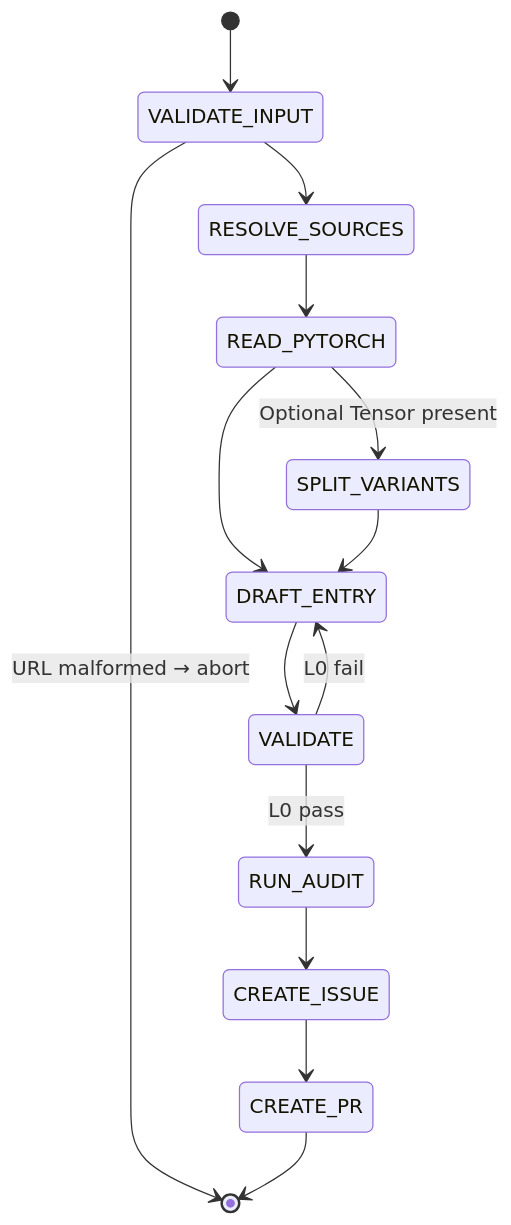
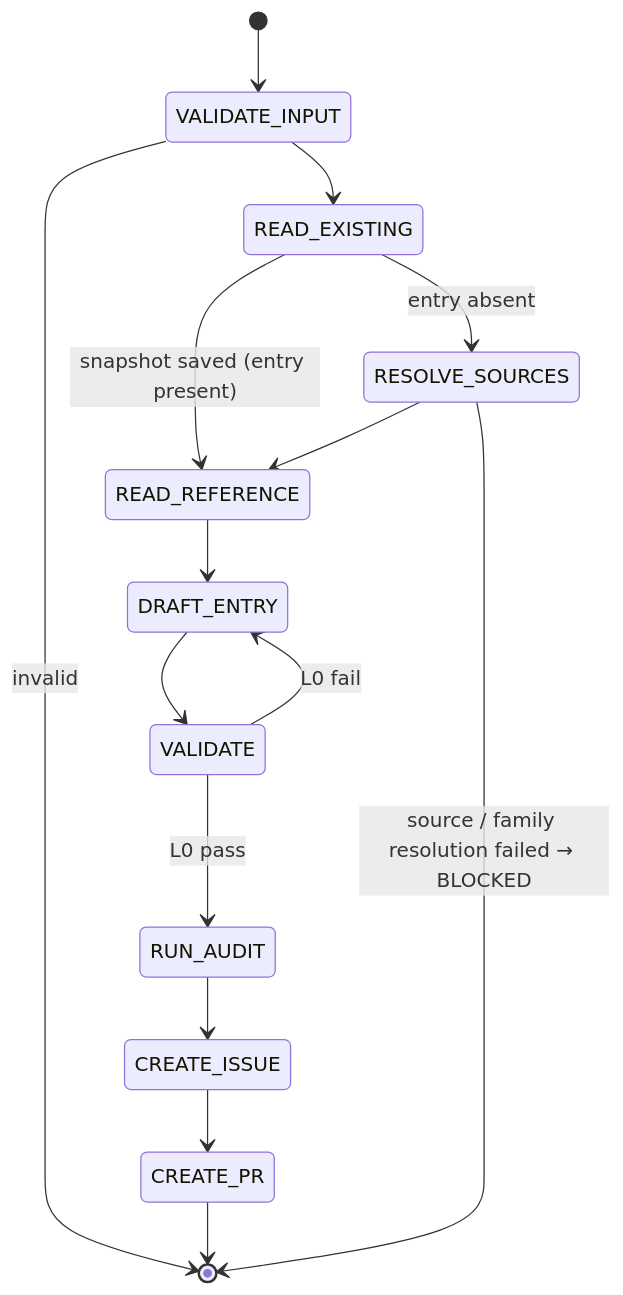
One commit to tile-ai/TileOPs changed the diagram in .claude/skills/add-manifest/SKILL.md. Above: the diagram before and after it, drawn with Mermaid. The commit also changed other lines of this file and 2 other files, not shown here.

First line of the commit message:
[Refactor][Skills] redesign add-manifest input + redivide labour with fix-manifest (#1066)

````diff
--- a/.claude/skills/add-manifest/SKILL.md
+++ b/.claude/skills/add-manifest/SKILL.md
@@ -22,16 +37,17 @@
 ```mermaid
 stateDiagram-v2
     [*] --> VALIDATE_INPUT
-    VALIDATE_INPUT --> [*]: URL malformed → abort
-    VALIDATE_INPUT --> RESOLVE_SOURCES
-    RESOLVE_SOURCES --> READ_PYTORCH
-    READ_PYTORCH --> SPLIT_VARIANTS: Optional Tensor present
-    READ_PYTORCH --> DRAFT_ENTRY
-    SPLIT_VARIANTS --> DRAFT_ENTRY
+    VALIDATE_INPUT --> [*]: invalid
+    VALIDATE_INPUT --> READ_EXISTING
+    READ_EXISTING --> READ_REFERENCE: snapshot saved (entry present)
+    READ_EXISTING --> RESOLVE_SOURCES: entry absent
+    RESOLVE_SOURCES --> READ_REFERENCE
+    RESOLVE_SOURCES --> [*]: source / family resolution failed → BLOCKED
+    READ_REFERENCE --> DRAFT_ENTRY
     DRAFT_ENTRY --> VALIDATE
     VALIDATE --> DRAFT_ENTRY: L0 fail
     VALIDATE --> RUN_AUDIT: L0 pass
     RUN_AUDIT --> CREATE_ISSUE
     CREATE_ISSUE --> CREATE_PR
     CREATE_PR --> [*]
 ```
````
